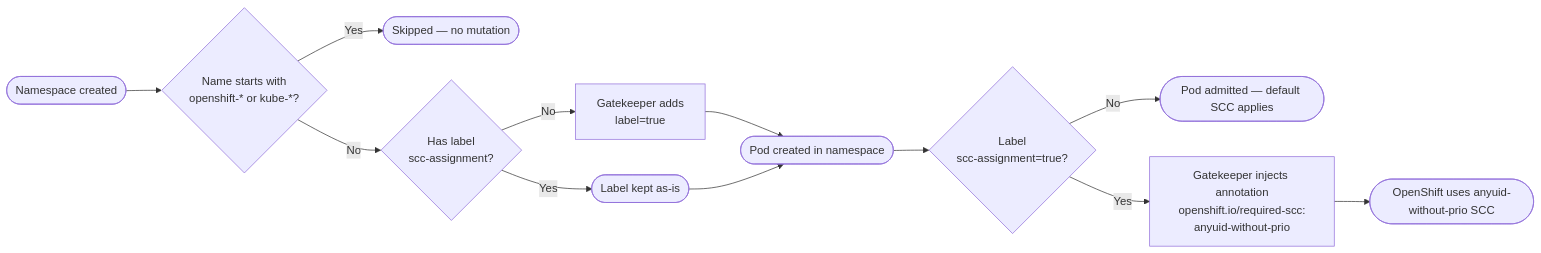
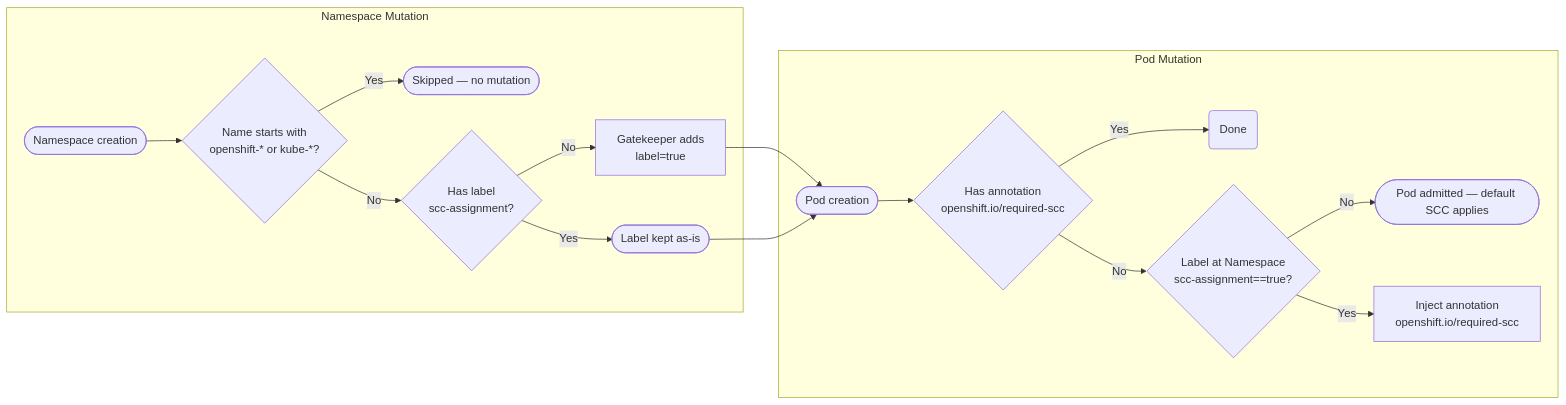
The diagram in content/cluster-configuration/gatekeeper-opa/automatic-scc-assignment/index.md (openshift-examples/web), drawn with Mermaid before and after one commit. The commit also changed other lines of this file, not shown here.

Commit message:
Added improve graph and text

````diff
--- a/content/cluster-configuration/gatekeeper-opa/automatic-scc-assignment/index.md
+++ b/content/cluster-configuration/gatekeeper-opa/automatic-scc-assignment/index.md
@@ -32,14 +33,20 @@
 ```mermaid
 flowchart LR
-    A([Namespace created]) --> B{Name starts with\nopenshift-* or kube-*?}
-    B -- Yes --> C([Skipped — no mutation])
-    B -- No --> D{Has label\nscc-assignment?}
-    D -- No --> E[Gatekeeper adds\nlabel=true]
-    D -- Yes --> F([Label kept as-is])
-    E --> G([Pod created in namespace])
-    F --> G
-    G --> H{Label\nscc-assignment=true?}
-    H -- No --> I([Pod admitted — default SCC applies])
-    H -- Yes --> J[Gatekeeper injects annotation\nopenshift.io/required-scc:\nanyuid-without-prio]
-    J --> K([OpenShift uses anyuid-without-prio SCC])
+    subgraph ns ["Namespace Mutation"]
+        A([Namespace creation]) --> B{Name starts with\nopenshift-* or kube-*?}
+        B -- Yes --> C([Skipped — no mutation])
+        B -- No --> D{Has label\nscc-assignment?}
+        D -- No --> E[Gatekeeper adds\nlabel=true]
+        D -- Yes --> F([Label kept as-is])
+    end
+    
+    subgraph pod ["Pod Mutation"]
+        E --> G([Pod creation])
+        F --> G
+        G --> H{Has annotation\nopenshift.io/required-scc}
+        H -- Yes --> X(Done)
+        H -- No --> K{Label at Namespace\nscc-assignment==true?}
+        K -- No --> I([Pod admitted — default SCC applies])
+        K -- Yes --> J[Inject annotation\nopenshift.io/required-scc]
+    end
 ```
````
